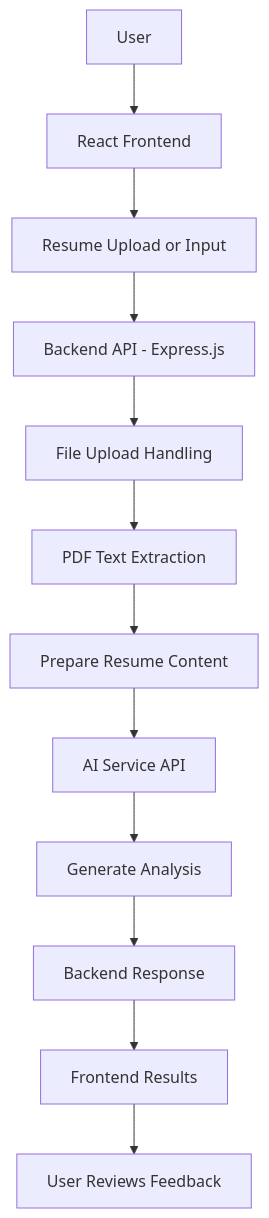
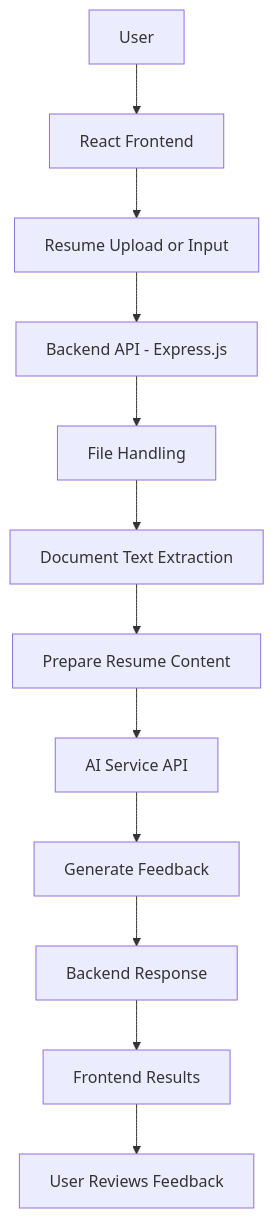
The diagram in README.md (dikshikka03/ai-resume-analyzer), drawn with Mermaid before and after one commit. The commit also changed other lines of this file, not shown here.

````diff
--- a/README.md
+++ b/README.md
@@ -81,14 +101,14 @@
 ```mermaid
 flowchart TD
     A[User] --> B[React Frontend]
     B --> C[Resume Upload or Input]
     C --> D[Backend API - Express.js]
-    D --> E[File Upload Handling]
-    E --> F[PDF Text Extraction]
+    D --> E[File Handling]
+    E --> F[Document Text Extraction]
     F --> G[Prepare Resume Content]
     G --> H[AI Service API]
-    H --> I[Generate Analysis]
+    H --> I[Generate Feedback]
     I --> J[Backend Response]
     J --> K[Frontend Results]
     K --> L[User Reviews Feedback]
 ```
````
